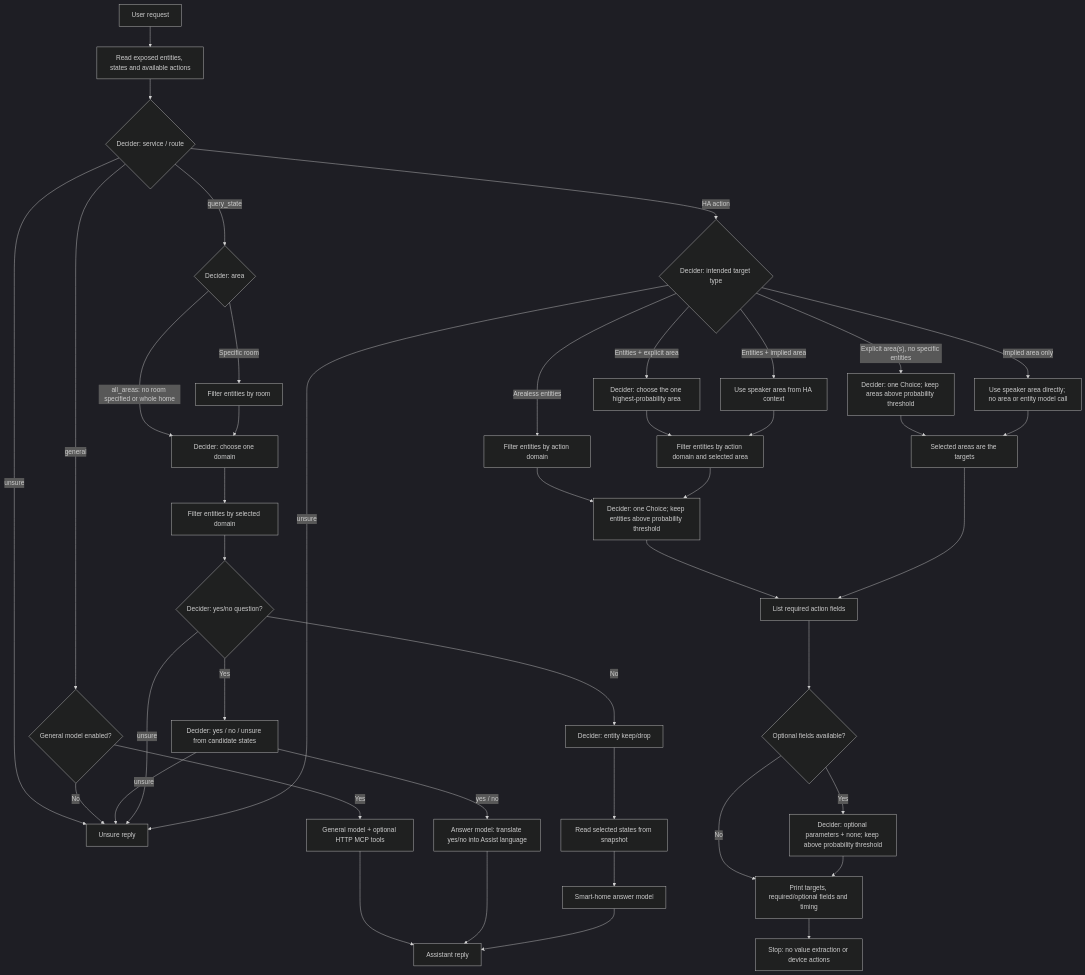
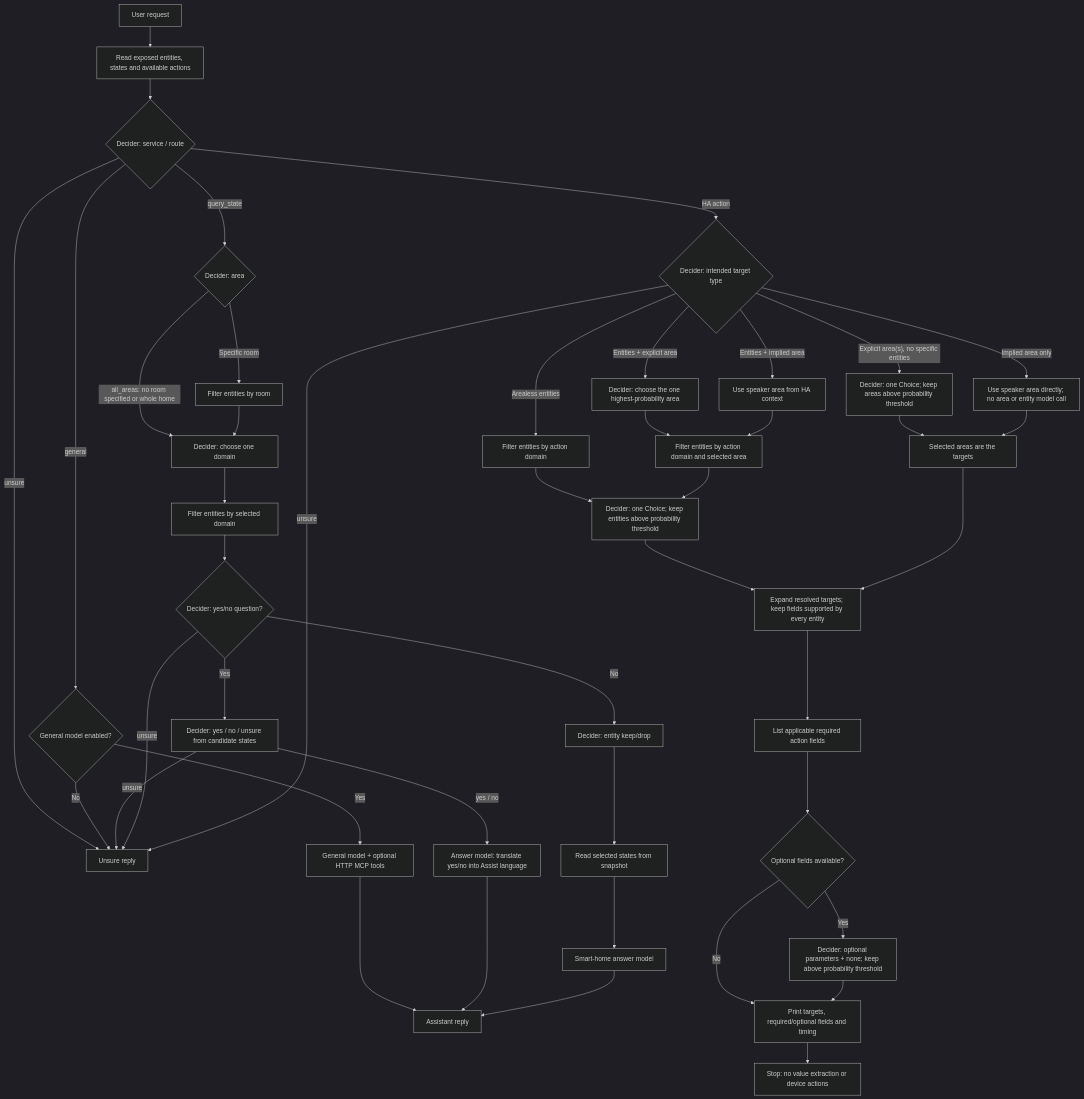
One commit to koriwi/GlowAssistant changed the diagram in decision_flow.mmd. Above: the diagram before and after it, drawn with Mermaid (dark theme). The commit also changed 12 other files, not shown here.

```diff
--- a/decision_flow.mmd
+++ b/decision_flow.mmd
@@ -1,46 +1,47 @@
 flowchart TD
     Input["User request"] --> Snapshot["Read exposed entities, states and available actions"]
     Snapshot --> Service{"Decider: service / route"}
 
     Service -->|unsure| Unsure["Unsure reply"]
     Service -->|general| Enabled{"General model enabled?"}
     Enabled -->|No| Unsure
     Enabled -->|Yes| General["General model + optional HTTP MCP tools"]
     General --> Reply["Assistant reply"]
 
     Service -->|query_state| QueryArea{"Decider: area"}
     QueryArea -->|Specific room| Room["Filter entities by room"]
     QueryArea -->|"all_areas: no room specified or whole home"| Domains["Decider: choose one domain"]
     Room --> Domains
     Domains --> DomainEntities["Filter entities by selected domain"]
     DomainEntities --> QueryType{"Decider: yes/no question?"}
     QueryType -->|Yes| BinaryAnswer["Decider: yes / no / unsure from candidate states"]
     BinaryAnswer -->|unsure| Unsure
     BinaryAnswer -->|yes / no| Translate["Answer model: translate yes/no into Assist language"]
     Translate --> Reply
     QueryType -->|No| QueryTargets["Decider: entity keep/drop"]
     QueryType -->|unsure| Unsure
     QueryTargets --> States["Read selected states from snapshot"]
     States --> Answer["Smart-home answer model"]
     Answer --> Reply
 
     Service -->|HA action| Scope{"Decider: intended target type"}
     Scope -->|Arealess entities| DomainOnly["Filter entities by action domain"]
     Scope -->|"Entities + explicit area"| OneArea["Decider: choose the one highest-probability area"]
     OneArea --> DomainArea["Filter entities by action domain and selected area"]
     Scope -->|"Entities + implied area"| Speaker["Use speaker area from HA context"]
     Speaker --> DomainArea
     DomainOnly --> Entities["Decider: one Choice; keep entities above probability threshold"]
     DomainArea --> Entities
     Scope -->|"Explicit area(s), no specific entities"| Areas["Decider: one Choice; keep areas above probability threshold"]
     Scope -->|"Implied area only"| SpeakerOnly["Use speaker area directly; no area or entity model call"]
     Areas --> AreaTargets["Selected areas are the targets"]
     SpeakerOnly --> AreaTargets
     Scope -->|unsure| Unsure
-    Entities --> Required["List required action fields"]
-    AreaTargets --> Required
+    Entities --> Capabilities["Expand resolved targets; keep fields supported by every entity"]
+    AreaTargets --> Capabilities
+    Capabilities --> Required["List applicable required action fields"]
     Required --> HasOptional{"Optional fields available?"}
     HasOptional -->|Yes| Parameters["Decider: optional parameters + none; keep above probability threshold"]
     HasOptional -->|No| Console["Print targets, required/optional fields and timing"]
     Parameters --> Console
     Console --> Stop["Stop: no value extraction or device actions"]
```
